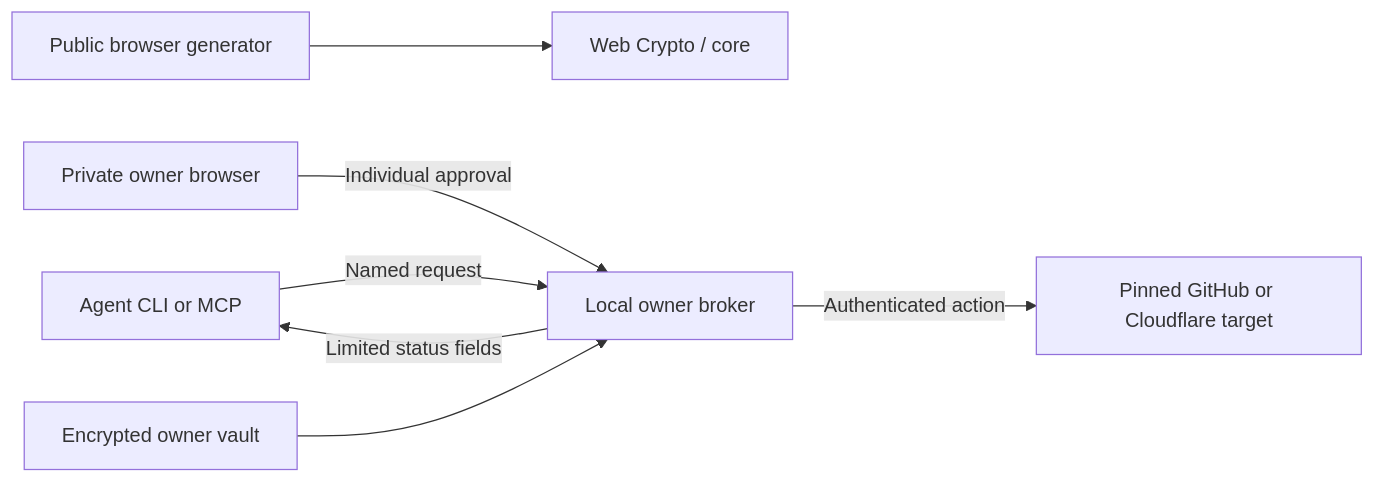
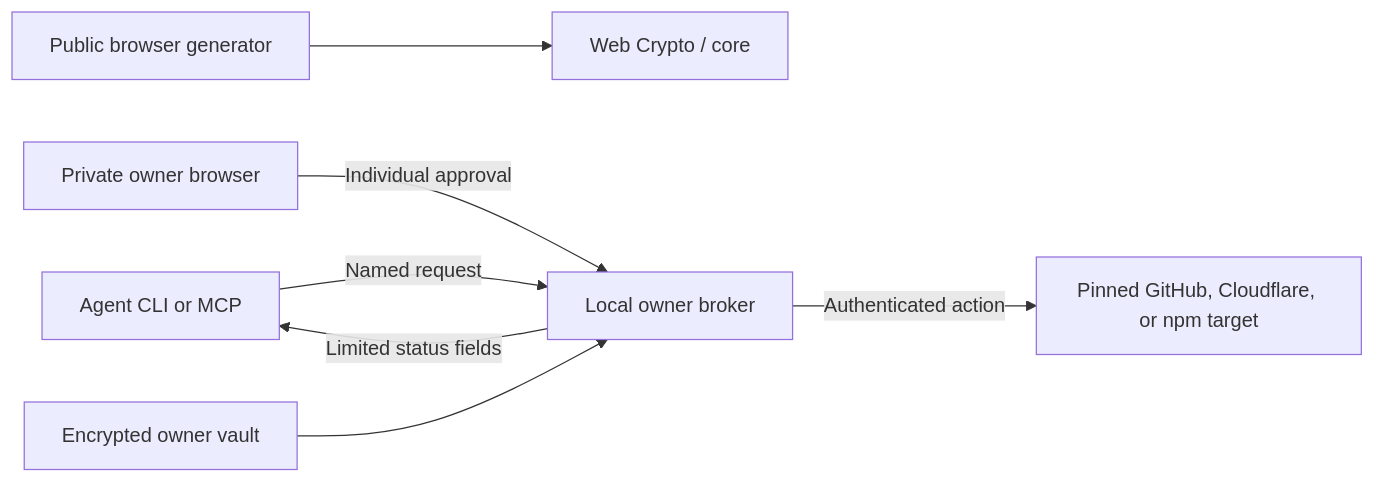
The diagram in docs/architecture.md (poorvith-mp/safegen), drawn with Mermaid before and after one commit. The commit also changed other lines of this file and 27 other files, not shown here.

Commit message:
feat: release v3.1.0 with scrypt envelope v2, audit export, and npm publish provider

````diff
--- a/docs/architecture.md
+++ b/docs/architecture.md
@@ -5,9 +5,9 @@
 ```mermaid
 flowchart LR
   Web[Public browser generator] --> Random[Web Crypto / core]
   Agent[Agent CLI or MCP] -->|Named request| Broker[Local owner broker]
   Owner[Private owner browser] -->|Individual approval| Broker
   Vault[Encrypted owner vault] --> Broker
-  Broker -->|Authenticated action| Provider[Pinned GitHub or Cloudflare target]
+  Broker -->|Authenticated action| Provider[Pinned GitHub, Cloudflare, or npm target]
   Broker -->|Limited status fields| Agent
 ```
````
